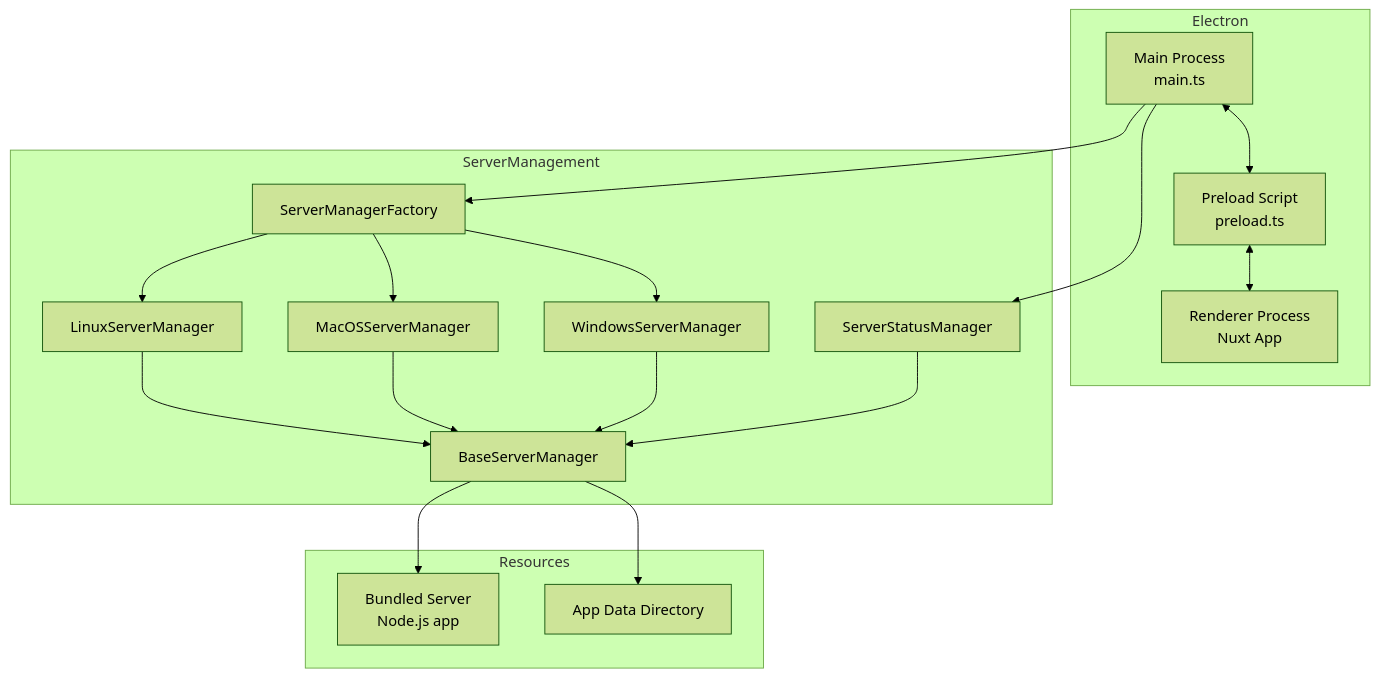
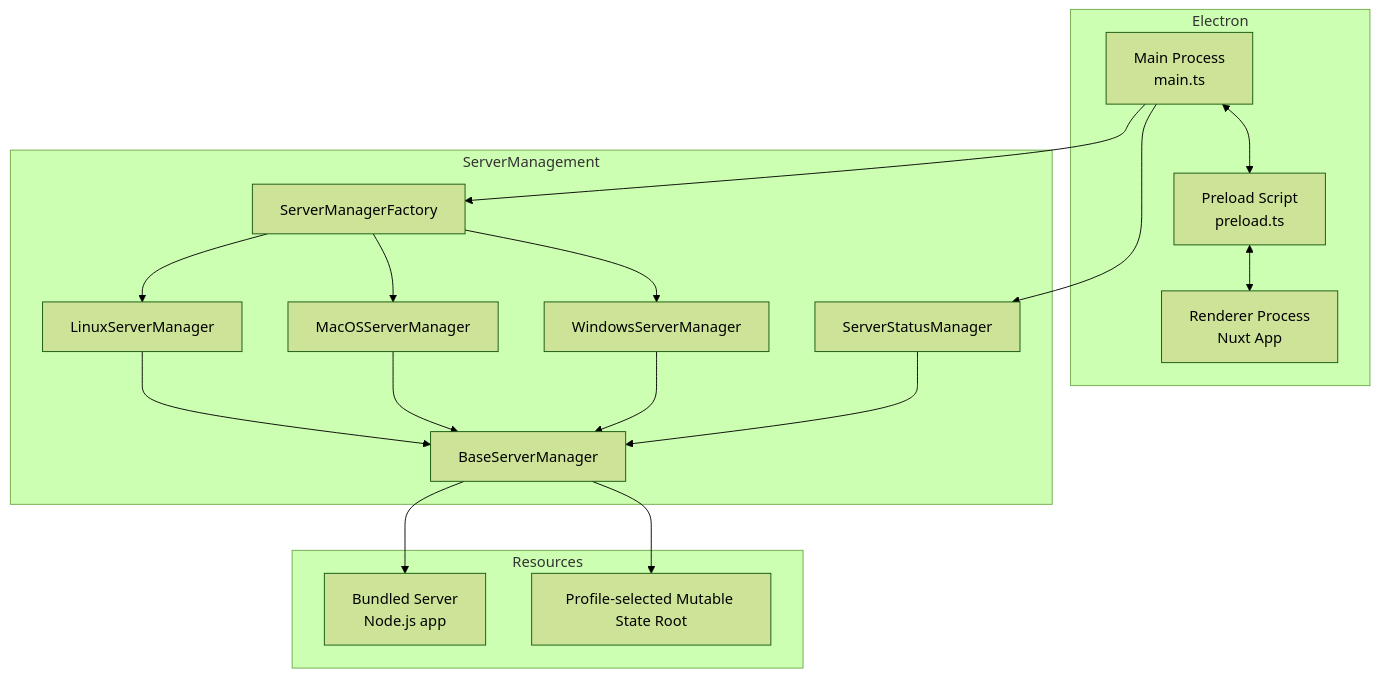
Before and after one commit to AutoByteus/autobyteus-workspace: the first of 2 diagrams in autobyteus-web/docs/electron_packaging.md, drawn with Mermaid (forest theme). The commit also changed other lines of this file and 93 other files, not shown here.

````diff
--- a/autobyteus-web/docs/electron_packaging.md
+++ b/autobyteus-web/docs/electron_packaging.md
@@ -16,32 +16,32 @@
 ```mermaid
 graph TB
     subgraph Electron
         Main[Main Process<br/>main.ts]
         Preload[Preload Script<br/>preload.ts]
         Renderer[Renderer Process<br/>Nuxt App]
     end
 
     subgraph ServerManagement
         Factory[ServerManagerFactory]
         Status[ServerStatusManager]
         Base[BaseServerManager]
         Linux[LinuxServerManager]
         Mac[MacOSServerManager]
         Win[WindowsServerManager]
     end
 
     subgraph Resources
         Server[Bundled Server<br/>Node.js app]
-        Data[App Data Directory]
+        Data[Profile-selected Mutable State Root]
     end
 
     Main --> Factory
     Factory --> Linux & Mac & Win
     Linux & Mac & Win --> Base
     Main --> Status
     Status --> Base
     Main <--> Preload
     Preload <--> Renderer
     Base --> Server
     Base --> Data
 ```
````
